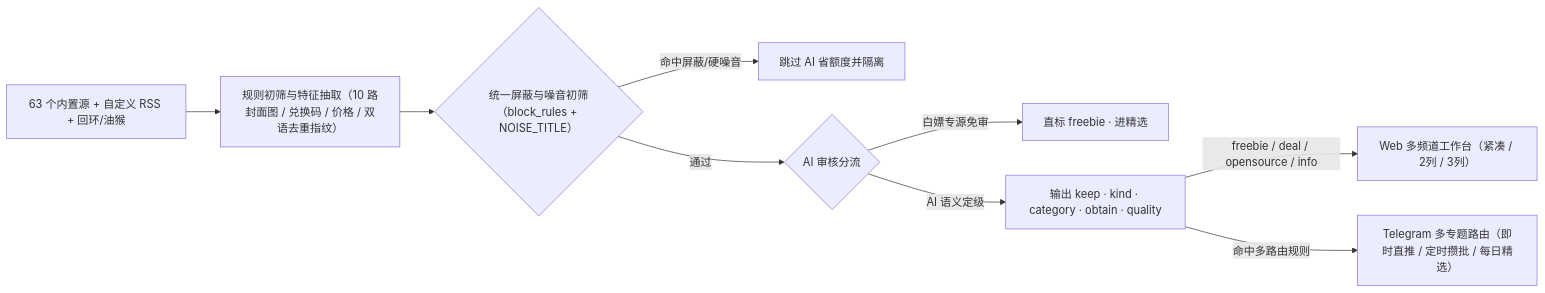
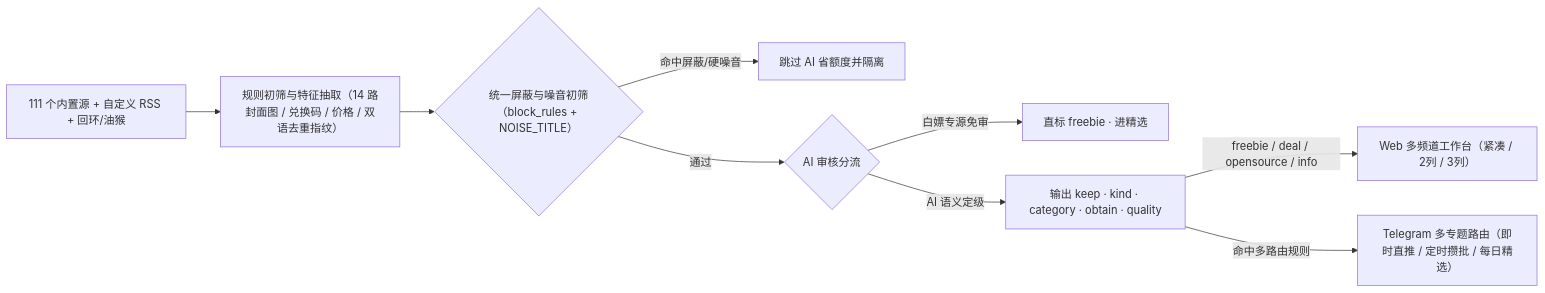
The diagram in README.md (123eyu/freebie-radar), drawn with Mermaid before and after one commit. The commit also changed other lines of this file and 2 other files, not shown here.

First line of the commit message:
docs: 同步源与分类口径（111 源 / 62 启用 / 27 类 / 6 形态 / Schema v30）

````diff
--- a/README.md
+++ b/README.md
@@ -81,11 +81,11 @@
 ```mermaid
 flowchart LR
-  S["63 个内置源 + 自定义 RSS + 回环/油猴"] --> E["规则初筛与特征抽取（10 路封面图 / 兑换码 / 价格 / 双语去重指纹）"]
+  S["111 个内置源 + 自定义 RSS + 回环/油猴"] --> E["规则初筛与特征抽取（14 路封面图 / 兑换码 / 价格 / 双语去重指纹）"]
   E --> F{"统一屏蔽与噪音初筛（block_rules + NOISE_TITLE）"}
   F -->|命中屏蔽/硬噪音| D["跳过 AI 省额度并隔离"]
   F -->|通过| M{"AI 审核分流"}
   M -->|白嫖专源免审| A1["直标 freebie · 进精选"]
   M -->|AI 语义定级| Q["输出 keep · kind · category · obtain · quality"]
   Q -->|freebie / deal / opensource / info| P["Web 多频道工作台（紧凑 / 2列 / 3列）"]
   Q -->|命中多路由规则| R["Telegram 多专题路由（即时直推 / 定时攒批 / 每日精选）"]
 ```
````
